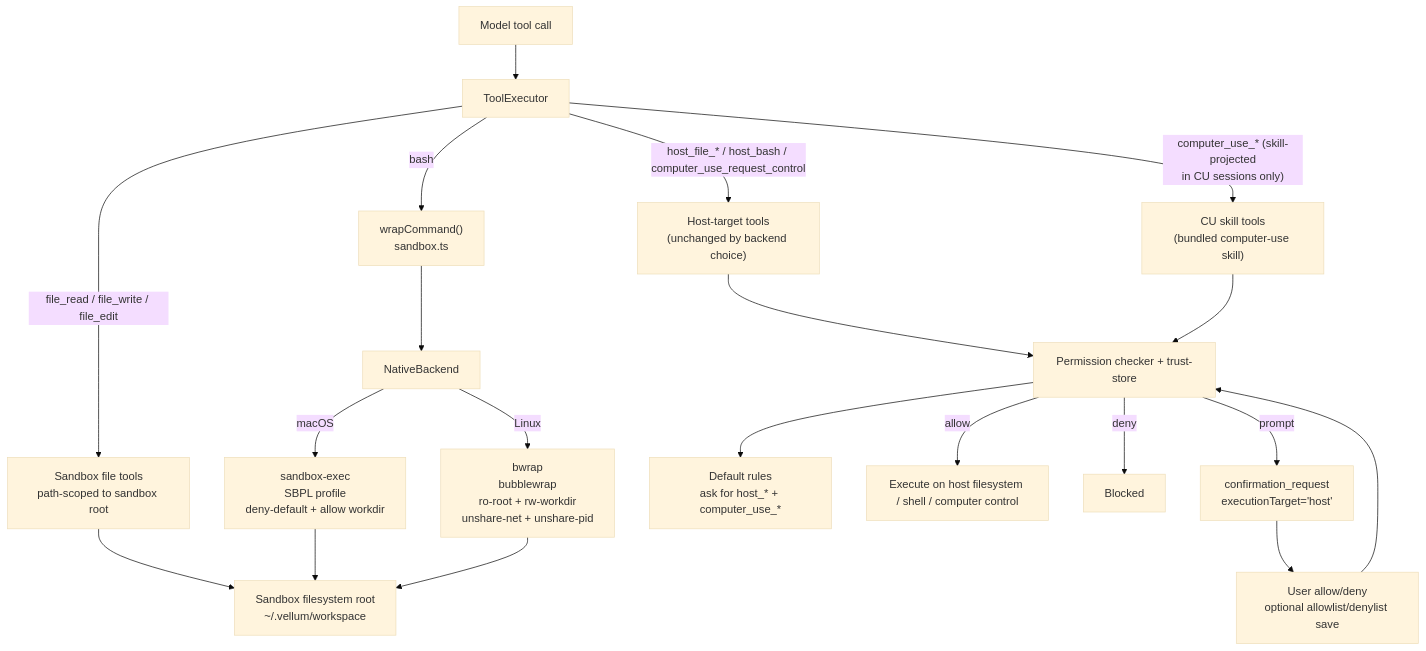
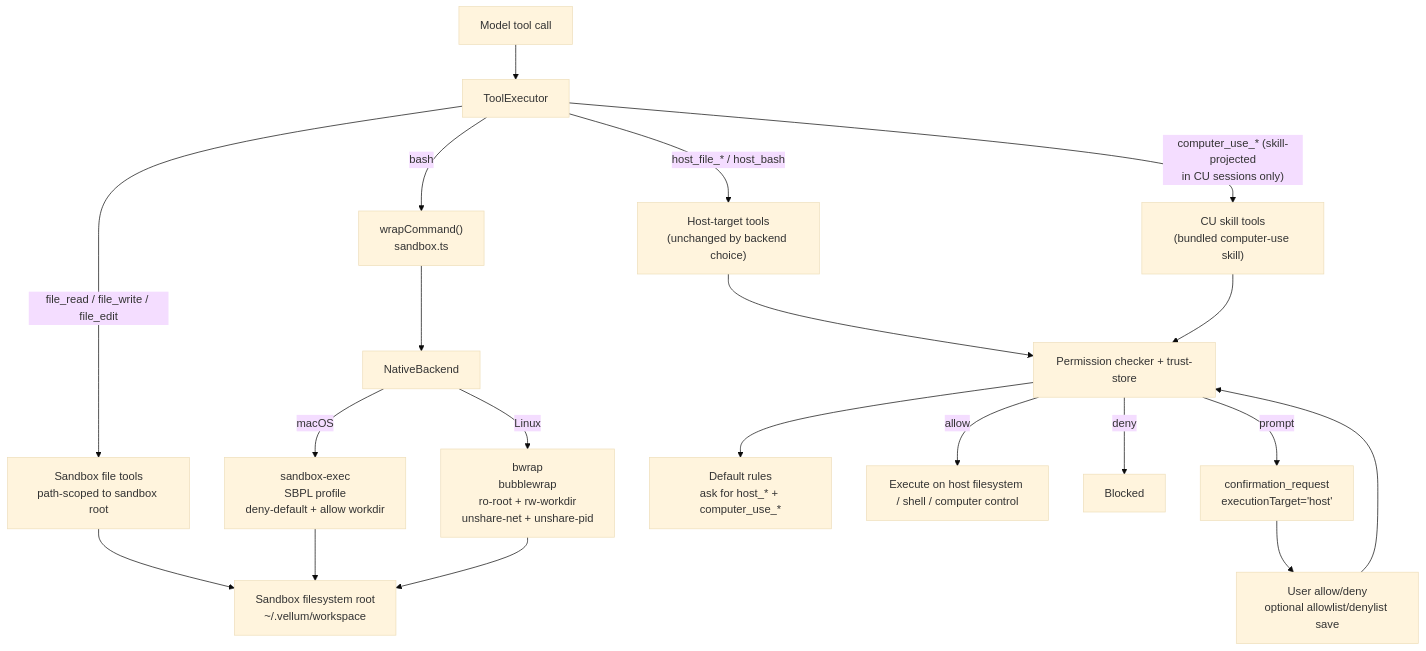
Before and after one commit to vellum-ai/vellum-assistant: the fifth of 17 diagrams in assistant/ARCHITECTURE.md, drawn with Mermaid (base theme). The commit also changed other lines of this file and 4 other files, not shown here.

Commit message:
fix: update stale docs referencing deleted ComputerUseSession and computer_use_request_control

````diff
--- a/assistant/ARCHITECTURE.md
+++ b/assistant/ARCHITECTURE.md
@@ -975,27 +973,27 @@
 ```mermaid
 graph TB
     CALL["Model tool call"] --> EXEC["ToolExecutor"]
 
     EXEC -->|"file_read / file_write / file_edit"| SB_FILE_TOOLS["Sandbox file tools<br/>path-scoped to sandbox root"]
     SB_FILE_TOOLS --> SB_FS
 
     EXEC -->|"bash"| WRAP["wrapCommand()<br/>sandbox.ts"]
 
     WRAP --> NATIVE["NativeBackend"]
 
     NATIVE -->|"macOS"| SBPL["sandbox-exec<br/>SBPL profile<br/>deny-default + allow workdir"]
     NATIVE -->|"Linux"| BWRAP["bwrap<br/>bubblewrap<br/>ro-root + rw-workdir<br/>unshare-net + unshare-pid"]
     SBPL --> SB_FS["Sandbox filesystem root<br/>~/.vellum/workspace"]
     BWRAP --> SB_FS
 
-    EXEC -->|"host_file_* / host_bash / computer_use_request_control"| HOST_TOOLS["Host-target tools<br/>(unchanged by backend choice)"]
+    EXEC -->|"host_file_* / host_bash"| HOST_TOOLS["Host-target tools<br/>(unchanged by backend choice)"]
     EXEC -->|"computer_use_* (skill-projected<br/>in CU sessions only)"| SKILL_CU_TOOLS["CU skill tools<br/>(bundled computer-use skill)"]
     HOST_TOOLS --> CHECK["Permission checker + trust-store"]
     SKILL_CU_TOOLS --> CHECK
     CHECK --> DEFAULTS["Default rules<br/>ask for host_* + computer_use_*"]
     CHECK -->|"allow"| HOST_EXEC["Execute on host filesystem / shell / computer control"]
     CHECK -->|"deny"| BLOCK["Blocked"]
     CHECK -->|"prompt"| PROMPT["confirmation_request<br/>executionTarget='host'"]
     PROMPT --> USER["User allow/deny<br/>optional allowlist/denylist save"]
     USER --> CHECK
 ```
````
